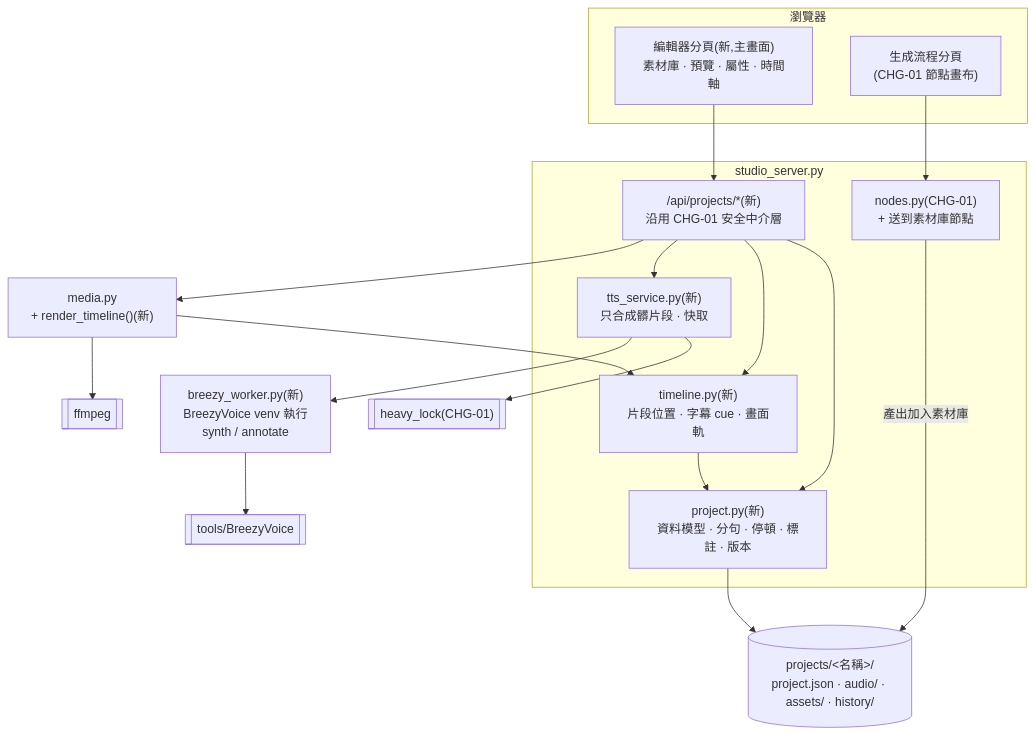
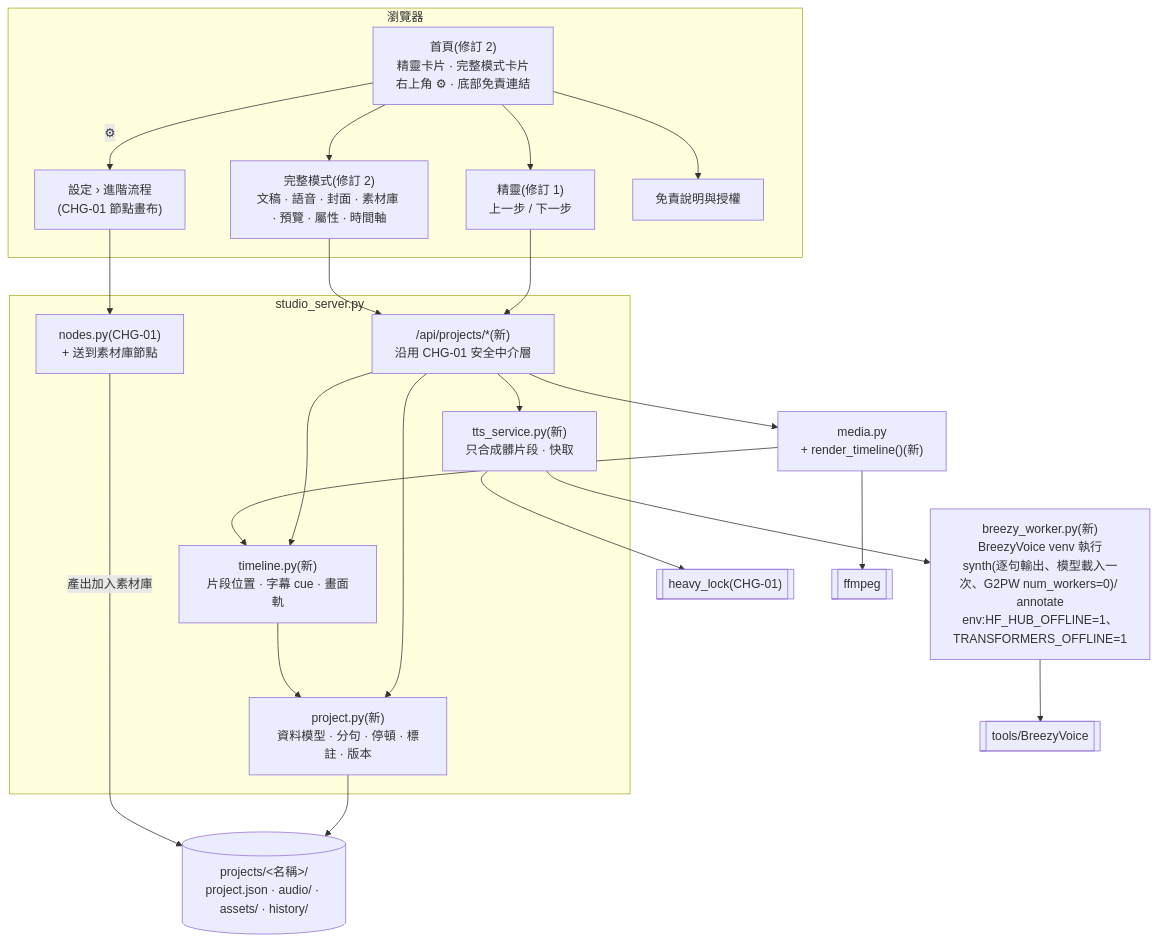
One commit to kamira/podcast-studio changed the first of 4 diagrams in docs/changes/CHG-20261022-04.md. Above: the diagram before and after it, drawn with Mermaid. The commit also changed other lines of this file and 1 other file, not shown here.

First line of the commit message:
CHG-20261022-04: 修訂 2 草案——首頁雙卡片與設定圖示、完整模式、逐句合成實測依據、ADP-12(堆疊於 #34) (#35)

````diff
--- a/docs/changes/CHG-20261022-04.md
+++ b/docs/changes/CHG-20261022-04.md
@@ -62,28 +68,36 @@
 ```mermaid
 flowchart TD
   subgraph 瀏覽器
-    ED["編輯器分頁(新,主畫面)<br/>素材庫 · 預覽 · 屬性 · 時間軸"]
-    GEN["生成流程分頁<br/>(CHG-01 節點畫布)"]
+    HOME["首頁(修訂 2)<br/>精靈卡片 · 完整模式卡片<br/>右上角 ⚙ · 底部免責連結"]
+    WIZ["精靈(修訂 1)<br/>上一步 / 下一步"]
+    ED["完整模式(修訂 2)<br/>文稿 · 語音 · 封面 · 素材庫 · 預覽 · 屬性 · 時間軸"]
+    GEN["設定 › 進階流程<br/>(CHG-01 節點畫布)"]
+    LIC["免責說明與授權"]
   end
+  HOME --> WIZ
+  HOME --> ED
+  HOME -- ⚙ --> GEN
+  HOME --> LIC
+  WIZ --> PAPI
   subgraph 伺服器["studio_server.py"]
     PAPI["/api/projects/*(新)<br/>沿用 CHG-01 安全中介層"]
     PROJ["project.py(新)<br/>資料模型 · 分句 · 停頓 · 標註 · 版本"]
     TL["timeline.py(新)<br/>片段位置 · 字幕 cue · 畫面軌"]
     TTS["tts_service.py(新)<br/>只合成髒片段 · 快取"]
     NODES["nodes.py(CHG-01)<br/>+ 送到素材庫節點"]
   end
-  WORKER["breezy_worker.py(新)<br/>BreezyVoice venv 執行<br/>synth / annotate"]
+  WORKER["breezy_worker.py(新)<br/>BreezyVoice venv 執行<br/>synth(逐句輸出、模型載入一次、G2PW num_workers=0)/ annotate<br/>env:HF_HUB_OFFLINE=1、TRANSFORMERS_OFFLINE=1"]
   MEDIA["media.py<br/>+ render_timeline()(新)"]
   LOCK[["heavy_lock(CHG-01)"]]
   PJ[("projects/<名稱>/<br/>project.json · audio/ · assets/ · history/")]
   BV[["tools/BreezyVoice"]]
   FF[["ffmpeg"]]
 
   ED --> PAPI --> PROJ --> PJ
   PAPI --> TL --> PROJ
   PAPI --> TTS --> LOCK
   TTS --> WORKER --> BV
   PAPI --> MEDIA --> FF
   MEDIA --> TL
   GEN --> NODES -- 產出加入素材庫 --> PJ
 ```
````
